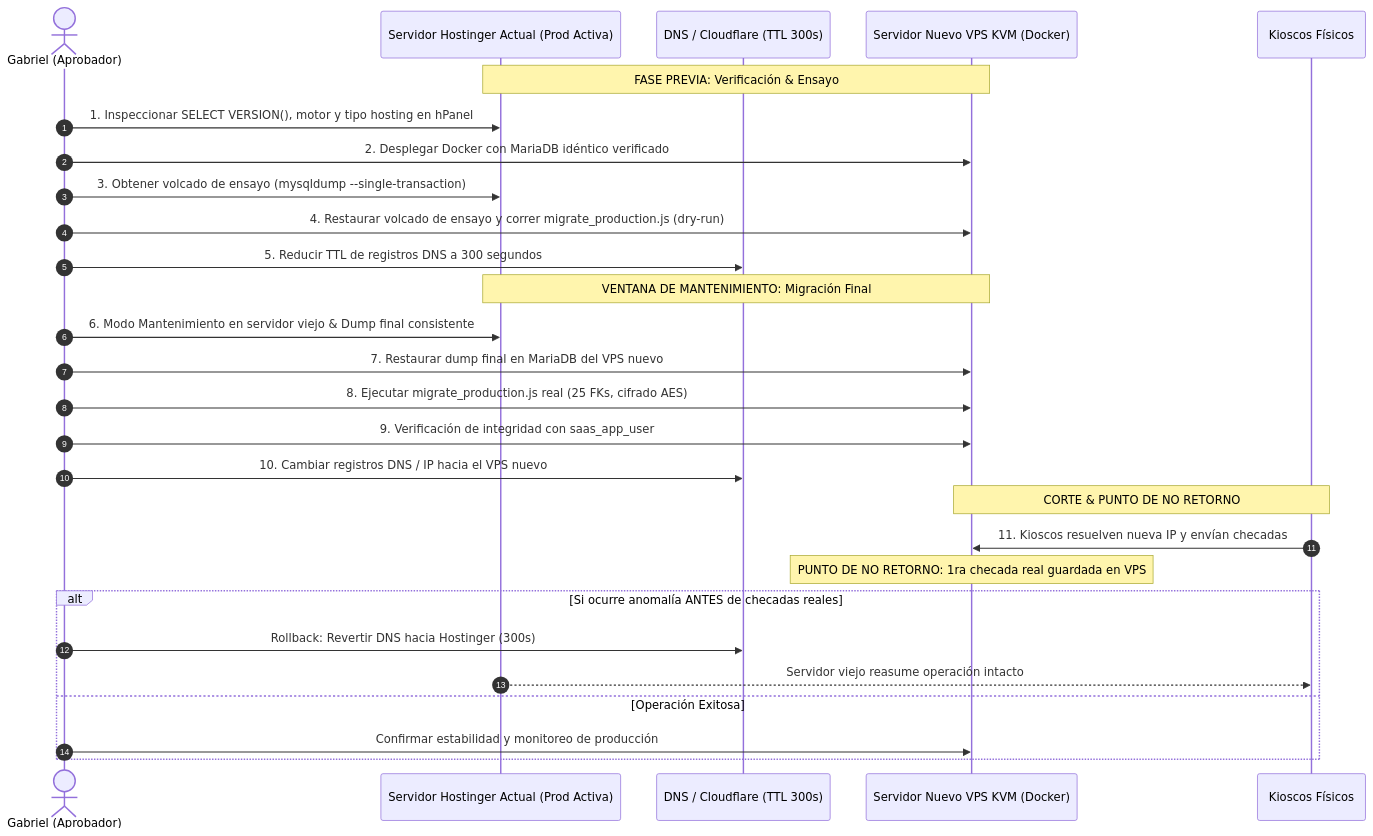
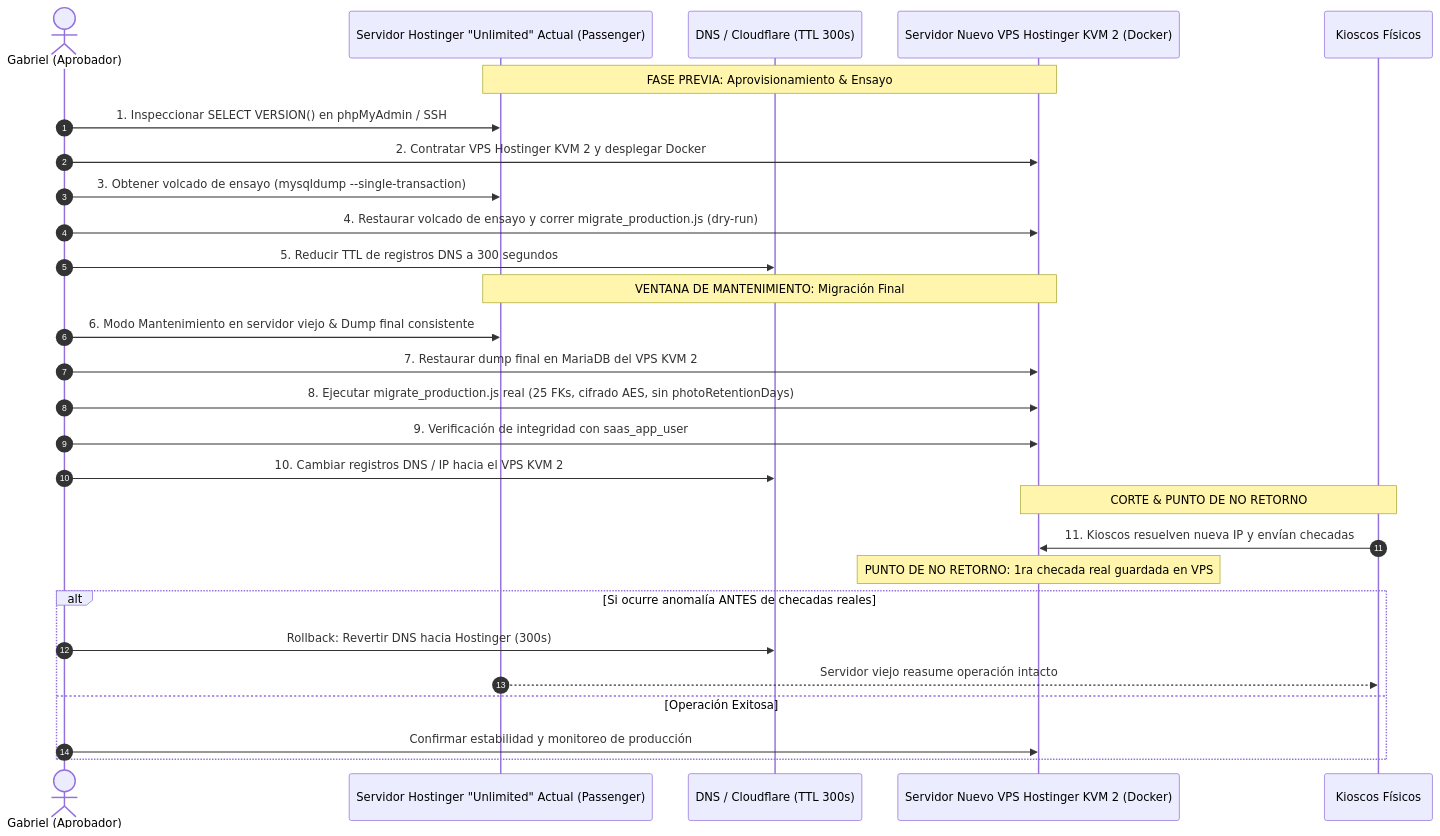
The third of 3 diagrams in docs/saas/saas_multitenant_implementation_plan.md (GabrielAvila5/ReconocimientoFPainProject), drawn with Mermaid before and after one commit. The commit also changed other lines of this file and 24 other files, not shown here.

````diff
--- a/docs/saas/saas_multitenant_implementation_plan.md
+++ b/docs/saas/saas_multitenant_implementation_plan.md
@@ -342,34 +262,34 @@
 ```mermaid
 sequenceDiagram
     autonumber
     actor Gabriel as Gabriel (Aprobador)
-    participant Hostinger as Servidor Hostinger Actual (Prod Activa)
+    participant Hostinger as Servidor Hostinger "Unlimited" Actual (Passenger)
     participant DNS as DNS / Cloudflare (TTL 300s)
-    participant VPS as Servidor Nuevo VPS KVM (Docker)
+    participant VPS as Servidor Nuevo VPS Hostinger KVM 2 (Docker)
     participant Kiosk as Kioscos Físicos
 
-    Note over Hostinger,VPS: FASE PREVIA: Verificación & Ensayo
-    Gabriel->>Hostinger: 1. Inspeccionar SELECT VERSION(), motor y tipo hosting en hPanel
-    Gabriel->>VPS: 2. Desplegar Docker con MariaDB idéntico verificado
+    Note over Hostinger,VPS: FASE PREVIA: Aprovisionamiento & Ensayo
+    Gabriel->>Hostinger: 1. Inspeccionar SELECT VERSION() en phpMyAdmin / SSH
+    Gabriel->>VPS: 2. Contratar VPS Hostinger KVM 2 y desplegar Docker
     Gabriel->>Hostinger: 3. Obtener volcado de ensayo (mysqldump --single-transaction)
     Gabriel->>VPS: 4. Restaurar volcado de ensayo y correr migrate_production.js (dry-run)
     Gabriel->>DNS: 5. Reducir TTL de registros DNS a 300 segundos
 
     Note over Hostinger,VPS: VENTANA DE MANTENIMIENTO: Migración Final
     Gabriel->>Hostinger: 6. Modo Mantenimiento en servidor viejo & Dump final consistente
-    Gabriel->>VPS: 7. Restaurar dump final en MariaDB del VPS nuevo
-    Gabriel->>VPS: 8. Ejecutar migrate_production.js real (25 FKs, cifrado AES)
+    Gabriel->>VPS: 7. Restaurar dump final en MariaDB del VPS KVM 2
+    Gabriel->>VPS: 8. Ejecutar migrate_production.js real (25 FKs, cifrado AES, sin photoRetentionDays)
     Gabriel->>VPS: 9. Verificación de integridad con saas_app_user
-    Gabriel->>DNS: 10. Cambiar registros DNS / IP hacia el VPS nuevo
+    Gabriel->>DNS: 10. Cambiar registros DNS / IP hacia el VPS KVM 2
 
     Note over Kiosk,VPS: CORTE & PUNTO DE NO RETORNO
     Kiosk->>VPS: 11. Kioscos resuelven nueva IP y envían checadas
     Note over VPS: PUNTO DE NO RETORNO: 1ra checada real guardada en VPS
     
     alt Si ocurre anomalía ANTES de checadas reales
         Gabriel->>DNS: Rollback: Revertir DNS hacia Hostinger (300s)
         Hostinger-->>Kiosk: Servidor viejo reasume operación intacto
     else Operación Exitosa
         Gabriel->>VPS: Confirmar estabilidad y monitoreo de producción
     end
 ```
````
